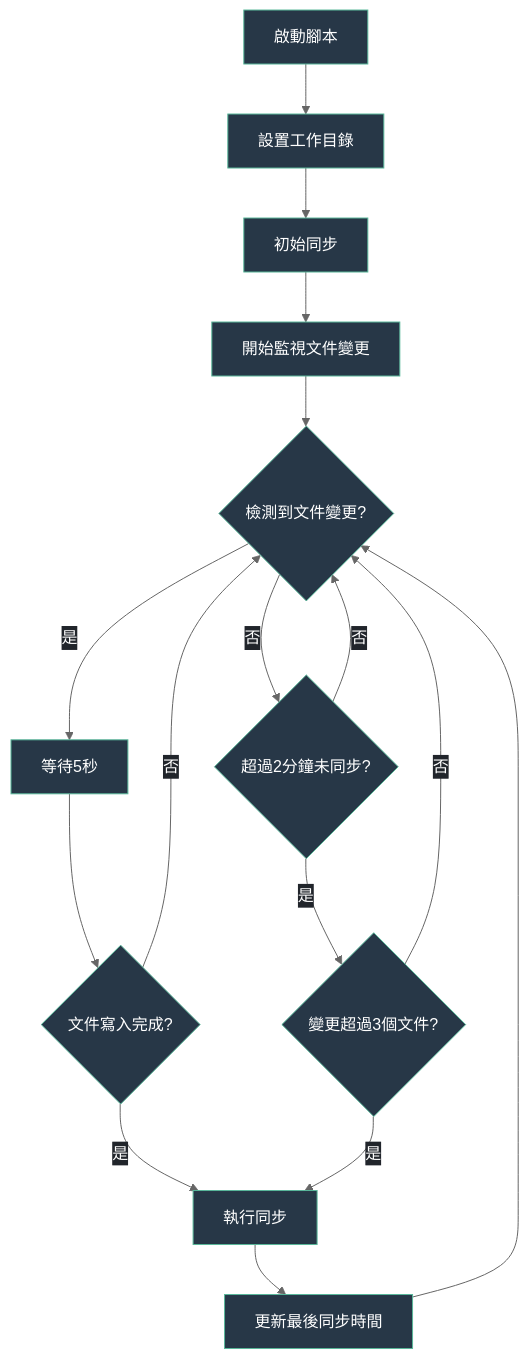
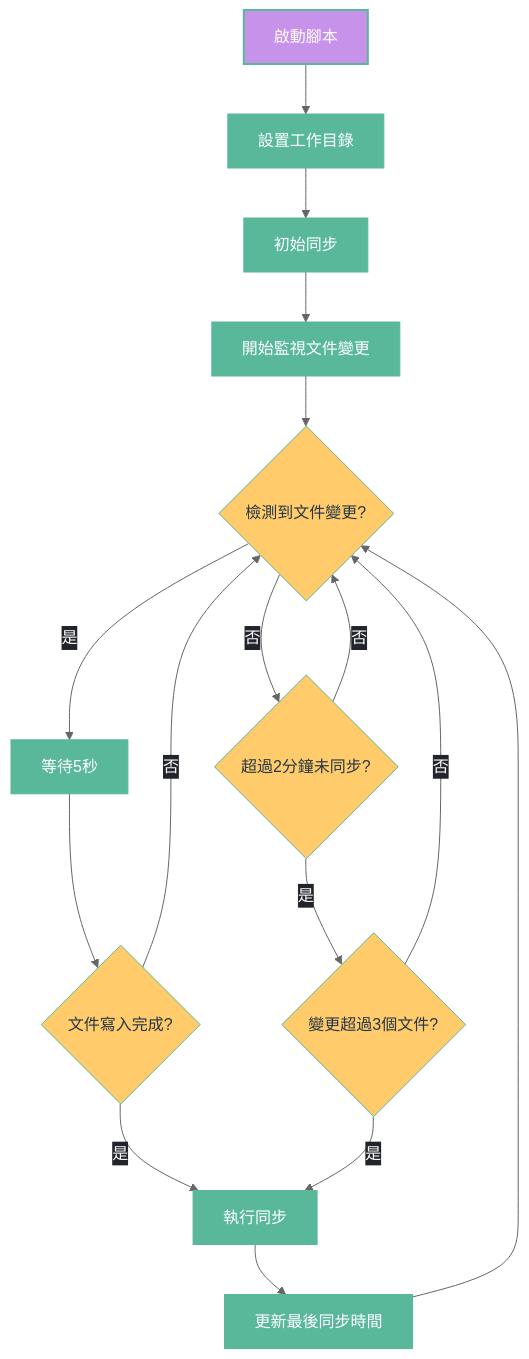
Before and after one commit to GengGeng026/Sync-Logseq: the second of 2 diagrams in Logseq同步方案演進記錄.md, drawn with Mermaid.

Commit message:
Auto-sync: Wed Mar 26 09:12:16 +08 2025

````diff
--- a/Logseq同步方案演進記錄.md
+++ b/Logseq同步方案演進記錄.md
@@ -384,47 +384,52 @@
 ```mermaid
 %%{init: {
   'theme': 'base', 
   'themeVariables': {
     'primaryColor': '#59B79A',
     'primaryTextColor': '#FFFFFF',
     'primaryBorderColor': '#59B79A',
     'lineColor': '#666666',
     'secondaryColor': '#C792EA',
     'tertiaryColor': '#F07178',
     'background': 'transparent',
     'textColor': '#666666',
     'mainBkg': '#273747',
     'nodeBorder': '#59B79A',
     'clusterBkg': 'transparent',
     'edgeLabelBackground': '#21252B'
   },
   'flowchart': {
     'curve': 'basis',
     'nodeSpacing': 50,
     'rankSpacing': 50,
     'padding': 15
   }
 }}%%
 flowchart TD
     %% 節點樣式優化
     classDef start fill:#C792EA,stroke:#59B79A,color:#FFFFFF,stroke-width:2px;
     classDef process fill:#59B79A,stroke:#59B79A,color:#FFFFFF,stroke-width:1px;
     classDef condition fill:#FFCB6B,stroke:#59B79A,color:#273747,stroke-width:1px,shape:diamond;
     classDef action fill:#F07178,stroke:#59B79A,color:#FFFFFF,stroke-width:1px;
     
     A[啟動腳本] --> B[設置工作目錄]
     B --> C[初始同步]
     C --> D[開始監視文件變更]
     D --> E{檢測到文件變更?}
     E -->|是| F[等待5秒]
     F --> G{文件寫入完成?}
     G -->|是| H[執行同步]
     G -->|否| E
     E -->|否| I{超過2分鐘未同步?}
     I -->|是| J{變更超過3個文件?}
     J -->|是| H
     J -->|否| E
     I -->|否| E
     H --> K[更新最後同步時間]
     K --> E
+    
+    %% 應用樣式
+    class A start;
+    class B,C,D,F,H,K process;
+    class E,G,I,J condition;
 ```
````
